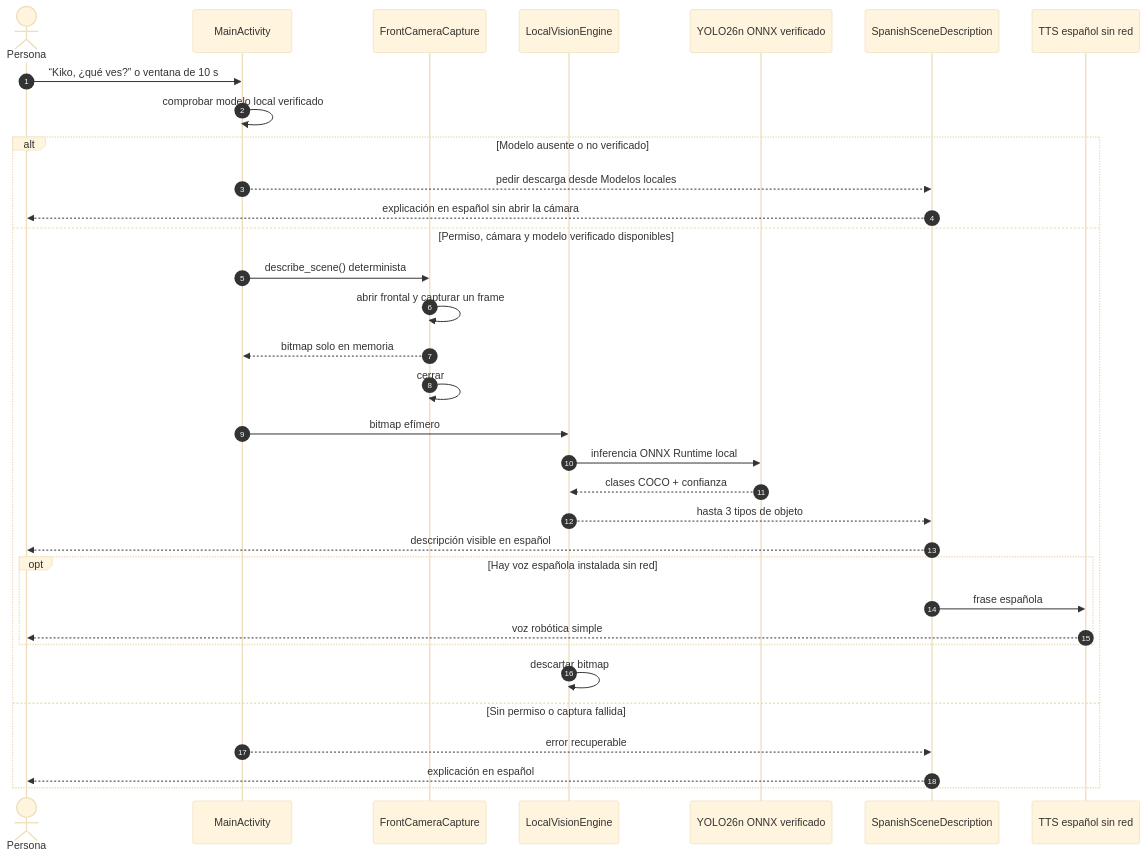
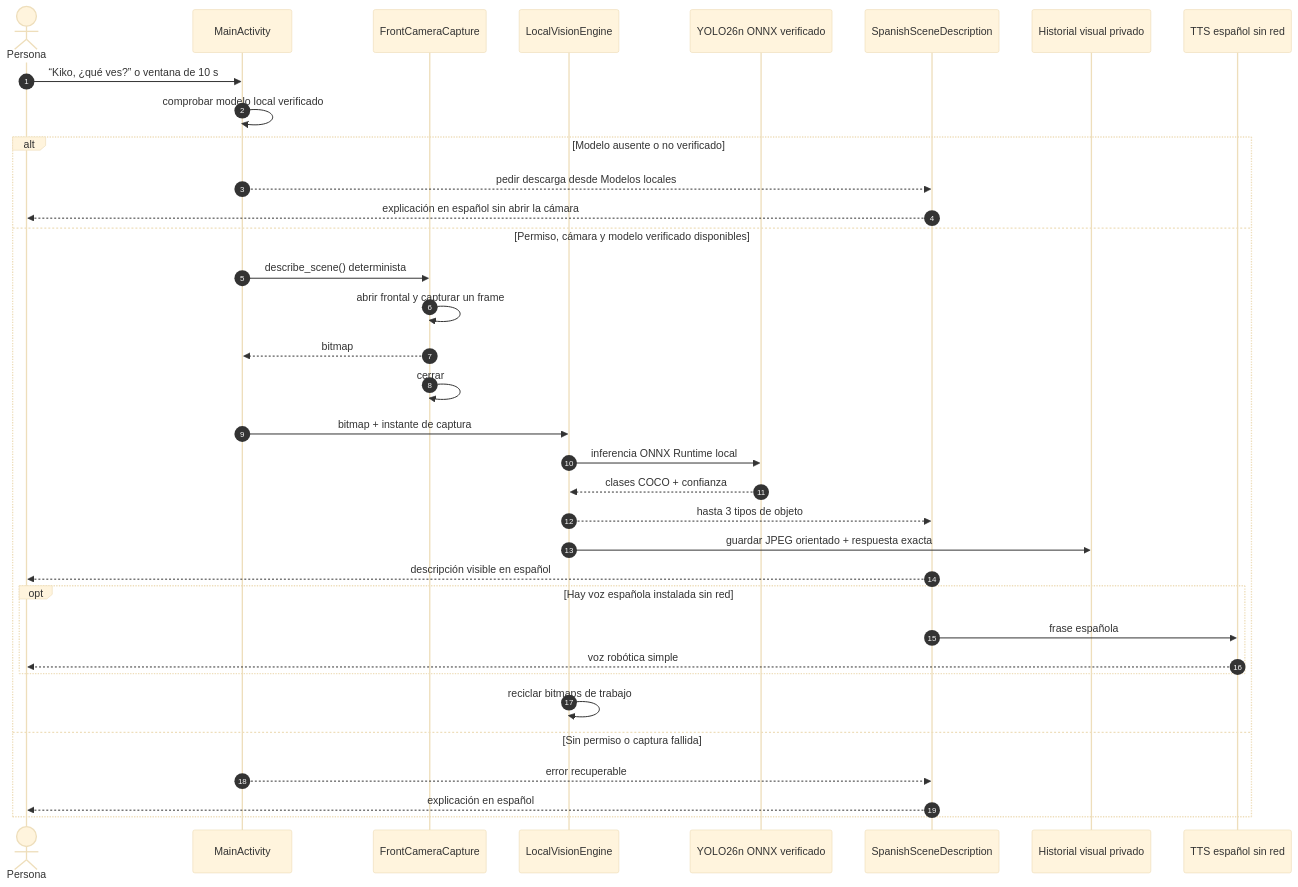
One commit to arielmendz/kiko changed the fifth of 8 diagrams in docs/FLOWS.md. Above: the diagram before and after it, drawn with Mermaid (base theme). The commit also changed other lines of this file and 15 other files, not shown here.

Commit message:
Add local visual troubleshooting history

````diff
--- a/docs/FLOWS.md
+++ b/docs/FLOWS.md
@@ -163,37 +163,39 @@
 ```mermaid
 sequenceDiagram
     autonumber
     actor Persona
     participant Session as MainActivity
     participant Camera as FrontCameraCapture
     participant Vision as LocalVisionEngine
     participant Model as YOLO26n ONNX verificado
     participant Reply as SpanishSceneDescription
+    participant History as Historial visual privado
     participant Voice as TTS español sin red
 
     Persona->>Session: “Kiko, ¿qué ves?” o ventana de 10 s
     Session->>Session: comprobar modelo local verificado
 
     alt Modelo ausente o no verificado
         Session-->>Reply: pedir descarga desde Modelos locales
         Reply-->>Persona: explicación en español sin abrir la cámara
     else Permiso, cámara y modelo verificado disponibles
         Session->>Camera: describe_scene() determinista
         Camera->>Camera: abrir frontal y capturar un frame
-        Camera-->>Session: bitmap solo en memoria
+        Camera-->>Session: bitmap
         Camera->>Camera: cerrar
-        Session->>Vision: bitmap efímero
+        Session->>Vision: bitmap + instante de captura
         Vision->>Model: inferencia ONNX Runtime local
         Model-->>Vision: clases COCO + confianza
         Vision-->>Reply: hasta 3 tipos de objeto
+        Vision->>History: guardar JPEG orientado + respuesta exacta
         Reply-->>Persona: descripción visible en español
         opt Hay voz española instalada sin red
             Reply->>Voice: frase española
             Voice-->>Persona: voz robótica simple
         end
-        Vision->>Vision: descartar bitmap
+        Vision->>Vision: reciclar bitmaps de trabajo
     else Sin permiso o captura fallida
         Session-->>Reply: error recuperable
         Reply-->>Persona: explicación en español
     end
 ```
````
